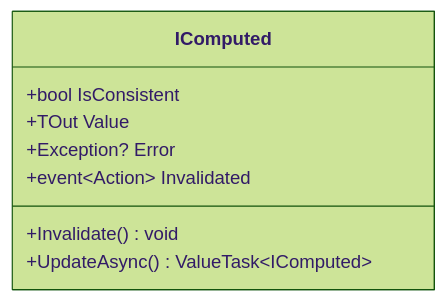
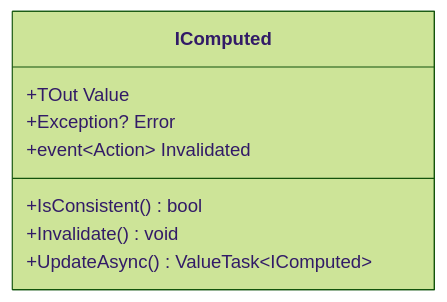
The diagram in docs/img-src/IComputed-Class-Simple.mmd (servicetitan/Stl.Fusion), drawn with Mermaid (forest theme) before and after one commit. The commit also changed 100 other files, not shown here.

Commit message:
doc: Fix some diagrams

```diff
--- a/docs/img-src/IComputed-Class-Simple.mmd
+++ b/docs/img-src/IComputed-Class-Simple.mmd
@@ -1,10 +1,10 @@
 classDiagram
   class IComputed {
-    +bool IsConsistent
     +TOut Value
     +Exception? Error
     +event~Action~ Invalidated
 
+    +IsConsistent() bool
     +Invalidate() void
     +UpdateAsync() ValueTask~IComputed~
   }
```
